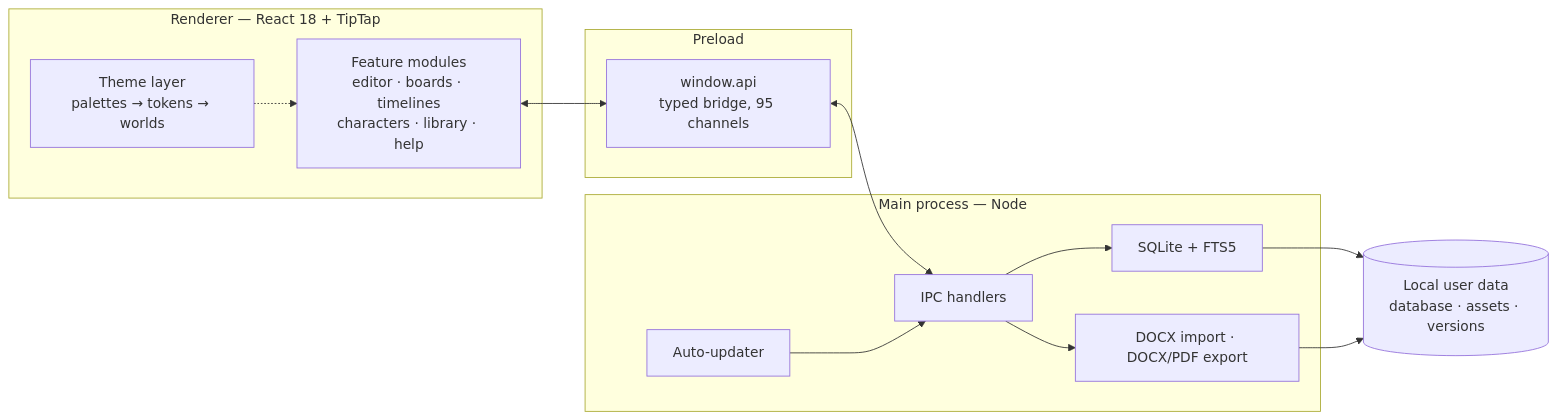
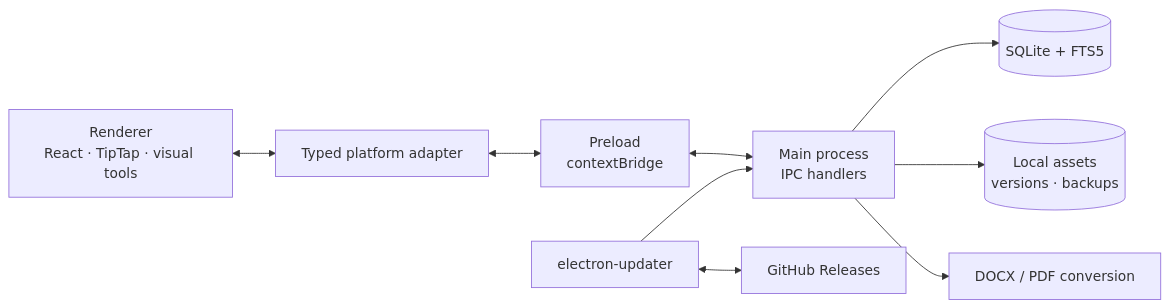
The diagram in README.md (nazar987/FanCreator-releases), drawn with Mermaid before and after one commit. The commit also changed other lines of this file and 1 other file, not shown here.

````diff
--- a/README.md
+++ b/README.md
@@ -165,23 +88,19 @@
 ```mermaid
 flowchart LR
-  subgraph R["Renderer — React 18 + TipTap"]
-    UI["Feature modules<br/>editor · boards · timelines<br/>characters · library · help"]
-    TH["Theme layer<br/>palettes → tokens → worlds"]
-  end
-  subgraph P["Preload"]
-    API["window.api<br/>typed bridge, 95 channels"]
-  end
-  subgraph M["Main process — Node"]
-    IPC["IPC handlers"]
-    STORE["SQLite + FTS5"]
-    DOC["DOCX import · DOCX/PDF export"]
-    UPD["Auto-updater"]
-  end
-  DISK[("Local user data<br/>database · assets · versions")]
+  UI["Renderer<br/>React · TipTap · visual tools"]
+  PLATFORM["Typed platform adapter"]
+  BRIDGE["Preload<br/>contextBridge"]
+  IPC["Main process<br/>IPC handlers"]
+  DB[("SQLite + FTS5")]
+  FILES[("Local assets<br/>versions · backups")]
+  DOCS["DOCX / PDF conversion"]
+  UPDATES["electron-updater"]
+  RELEASES["GitHub Releases"]
 
-  TH -.-> UI
-  UI <--> API <--> IPC
-  IPC --> STORE --> DISK
-  IPC --> DOC --> DISK
-  UPD --> IPC
+  UI <--> PLATFORM <--> BRIDGE <--> IPC
+  IPC --> DB
+  IPC --> FILES
+  IPC --> DOCS
+  UPDATES --> IPC
+  UPDATES <--> RELEASES
 ```
````
